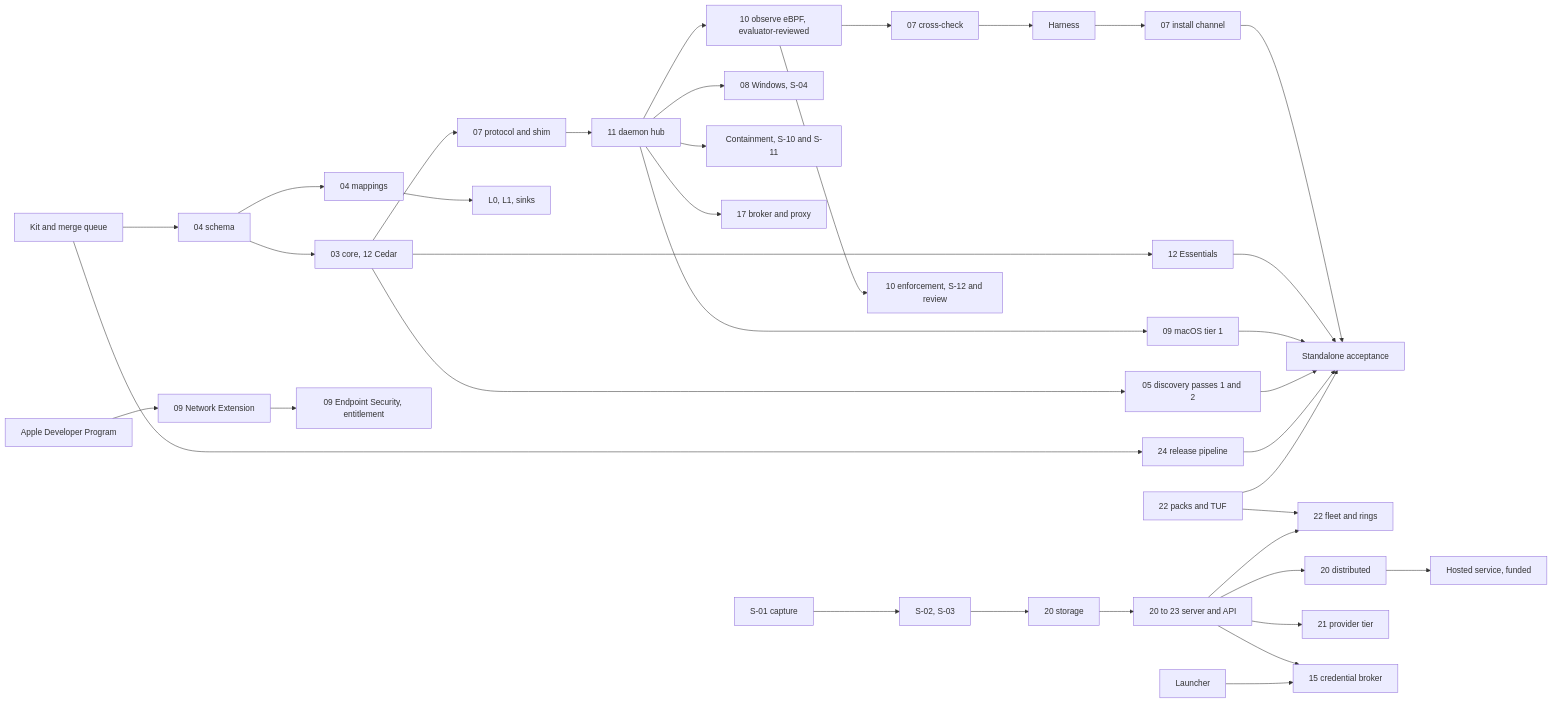
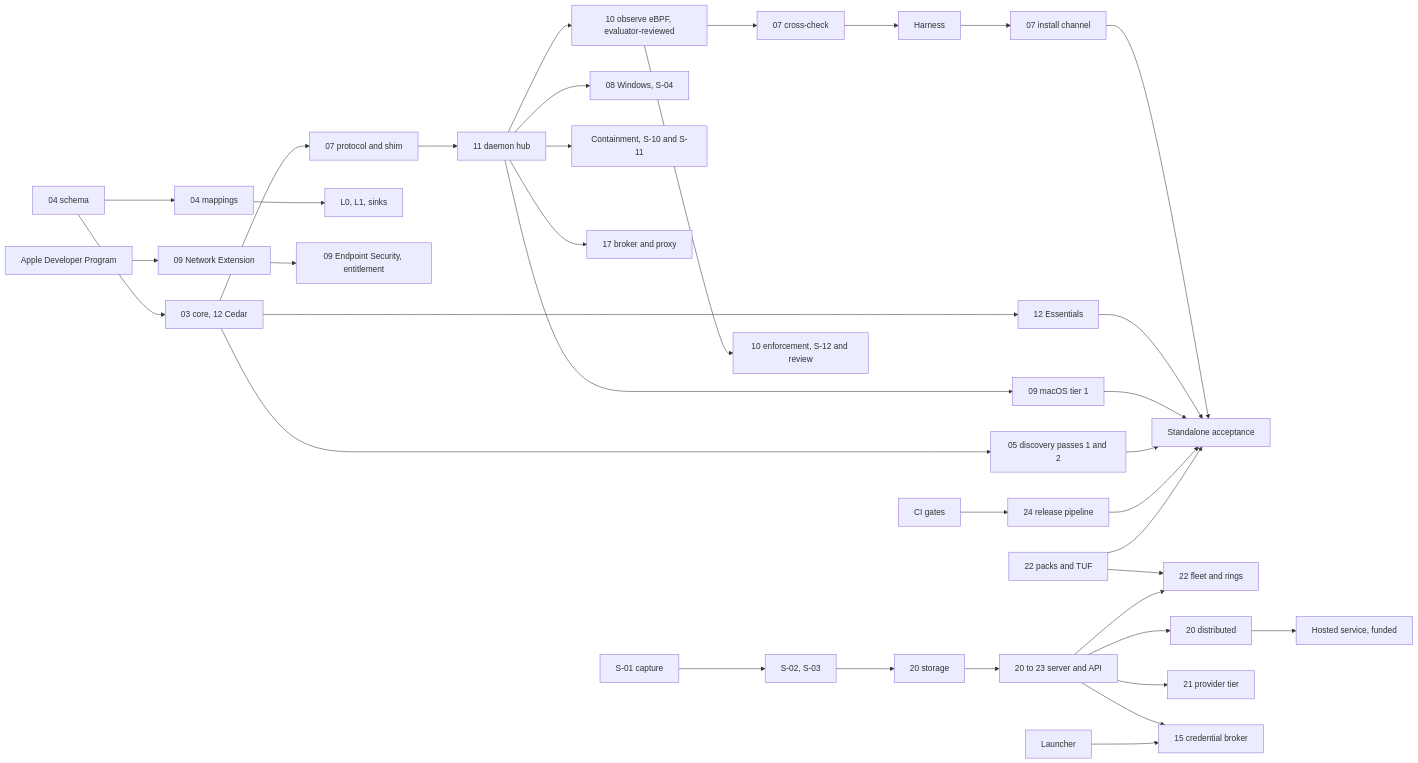
One commit to 416rehman/Guardrails changed the diagram in docs/design/33-build-order-and-risks.md. Above: the diagram before and after it, drawn with Mermaid. The commit also changed other lines of this file, not shown here.

````diff
--- a/docs/design/33-build-order-and-risks.md
+++ b/docs/design/33-build-order-and-risks.md
@@ -142,37 +157,36 @@
 ```mermaid
 flowchart LR
-  KIT[Kit and merge queue] --> SCH[04 schema]
-  SCH --> CORE[03 core, 12 Cedar]
+  SCH[04 schema] --> CORE[03 core, 12 Cedar]
   CORE --> DEC[07 protocol and shim]
   DEC --> HUB[11 daemon hub]
   HUB --> BPF[10 observe eBPF, evaluator-reviewed]
   BPF --> XC[07 cross-check]
   XC --> HAR[Harness]
   HAR --> INST[07 install channel]
   CORE --> ESS[12 Essentials]
   HUB --> MAC[09 macOS tier 1]
   CORE --> DISC[05 discovery passes 1 and 2]
-  KIT --> REL[24 release pipeline]
+  CI[CI gates] --> REL[24 release pipeline]
   INST --> SA[Standalone acceptance]
   ESS --> SA
   MAC --> SA
   DISC --> SA
   REL --> SA
   TUF[22 packs and TUF] --> SA
   HUB --> WIN[08 Windows, S-04]
   HUB --> CONT[Containment, S-10 and S-11]
   HUB --> MCP[17 broker and proxy]
   SCH --> MAP[04 mappings] --> L01[L0, L1, sinks]
   S01[S-01 capture] --> S02[S-02, S-03]
   S02 --> STORE[20 storage]
   STORE --> SRV[20 to 23 server and API]
   TUF --> FLEET[22 fleet and rings]
   SRV --> FLEET
   BPF --> ENF[10 enforcement, S-12 and review]
   APPLE[Apple Developer Program] --> NE[09 Network Extension]
   NE --> ES[09 Endpoint Security, entitlement]
   SRV --> DIST[20 distributed] --> HOST[Hosted service, funded]
   SRV --> PROV[21 provider tier]
   SRV --> BRK[15 credential broker]
   RUN[Launcher] --> BRK
 ```
````
